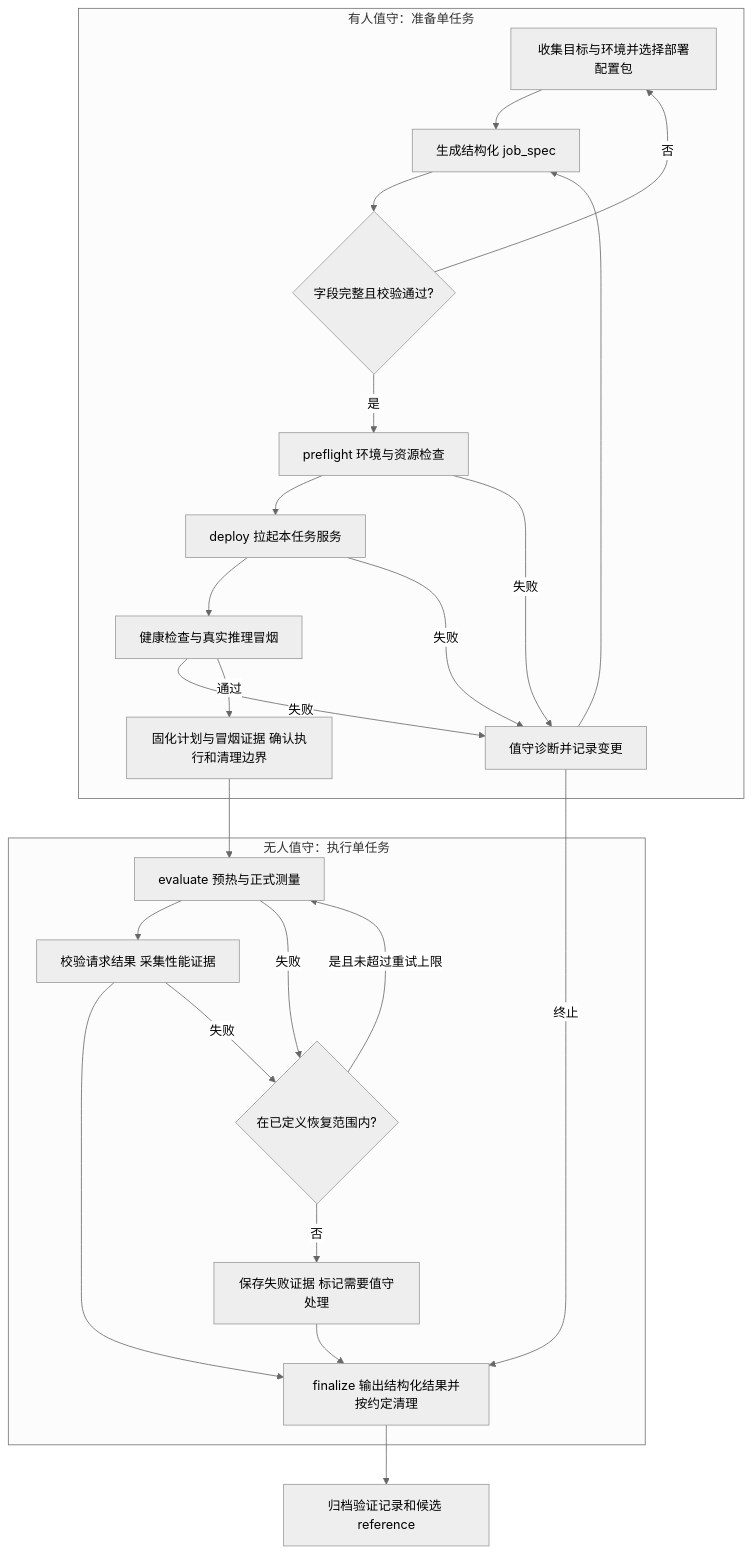
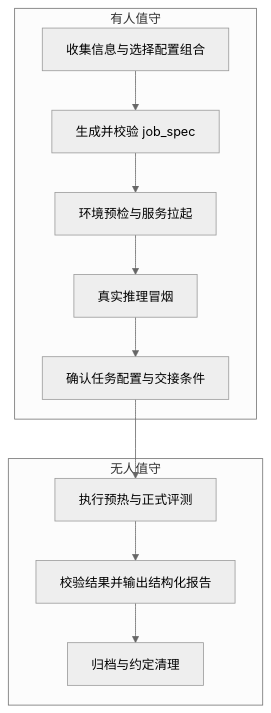
One commit to csoulnd/autobenchmark changed the first of 2 diagrams in docs/deployment-evaluation-v1.md. Above: the diagram before and after it, drawn with Mermaid (neutral theme).

Commit message:
docs: simplify single-task workflow to key stages

````diff
--- a/docs/deployment-evaluation-v1.md
+++ b/docs/deployment-evaluation-v1.md
@@ -23,28 +23,14 @@
 ```mermaid
 flowchart TD
-    subgraph ATTENDED[有人值守：准备单任务]
-      A[收集目标与环境并选择部署配置包] --> B[生成结构化 job_spec]
-      B --> C{字段完整且校验通过?}
-      C -->|否| A
-      C -->|是| D[preflight 环境与资源检查]
-      D --> F[deploy 拉起本任务服务]
-      F --> H[健康检查与真实推理冒烟]
-      D -->|失败| M[值守诊断并记录变更]
-      F -->|失败| M
-      H -->|失败| M
-      M --> B
-      H -->|通过| G[固化计划与冒烟证据 确认执行和清理边界]
+    subgraph ATTENDED[有人值守]
+      A[收集信息与选择配置组合] --> B[生成并校验 job_spec]
+      B --> C[环境预检与服务拉起]
+      C --> D[真实推理冒烟]
+      D --> E[确认任务配置与交接条件]
     end
-    subgraph UNATTENDED[无人值守：执行单任务]
-      G --> I[evaluate 预热与正式测量]
-      I --> J[校验请求结果 采集性能证据]
-      J --> K[finalize 输出结构化结果并按约定清理]
-      I -->|失败| R{在已定义恢复范围内?}
-      J -->|失败| R
-      R -->|是且未超过重试上限| I
-      R -->|否| Q[保存失败证据 标记需要值守处理]
-      Q --> K
+    subgraph UNATTENDED[无人值守]
+      E --> F[执行预热与正式评测]
+      F --> G[校验结果并输出结构化报告]
+      G --> H[归档与约定清理]
     end
-    M -->|终止| K
-    K --> L[归档验证记录和候选 reference]
 ```
````
